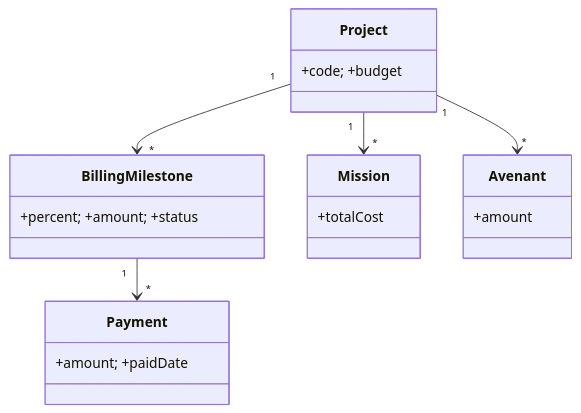
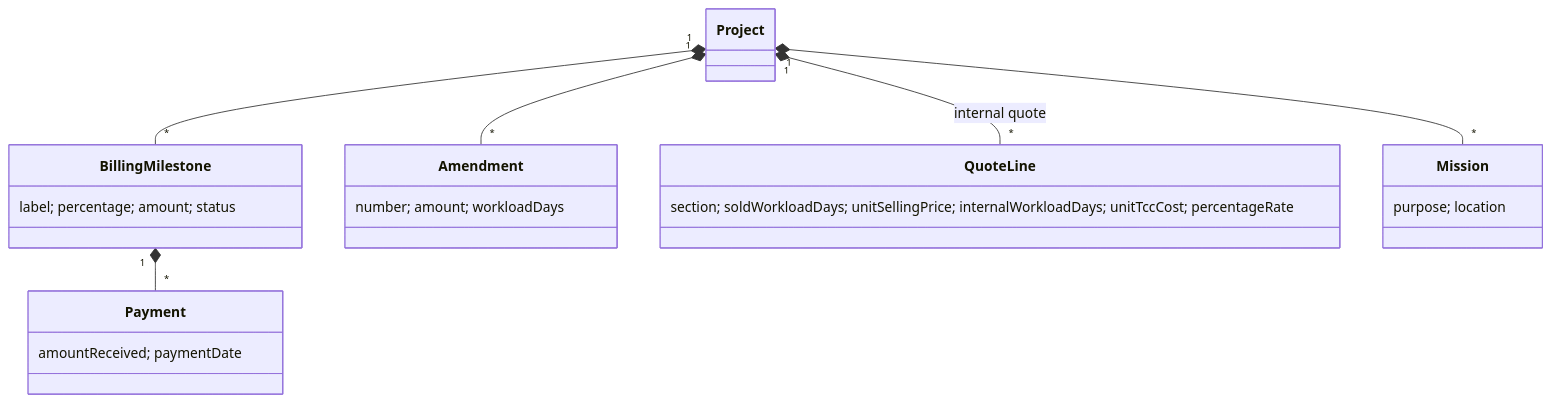
The sixth of 9 diagrams in docs/UML_DESIGN.md (mazenrakrouki/tekup-pms-platform), drawn with Mermaid before and after one commit. The commit also changed other lines of this file and 72 other files, not shown here.

````diff
--- a/docs/UML_DESIGN.md
+++ b/docs/UML_DESIGN.md
@@ -118,12 +165,13 @@
 ```mermaid
 classDiagram
-  class Project { +code; +budget }
-  class BillingMilestone { +percent; +amount; +status }
-  class Payment { +amount; +paidDate }
-  class Mission { +totalCost }
-  class Avenant { +amount }
-  Project "1" --> "*" BillingMilestone
-  BillingMilestone "1" --> "*" Payment
-  Project "1" --> "*" Mission
-  Project "1" --> "*" Avenant
+  class BillingMilestone { label; percentage; amount; status }
+  class Payment { amountReceived; paymentDate }
+  class Amendment { number; amount; workloadDays }
+  class QuoteLine { section; soldWorkloadDays; unitSellingPrice; internalWorkloadDays; unitTccCost; percentageRate }
+  class Mission { purpose; location }
+  Project "1" *-- "*" BillingMilestone
+  BillingMilestone "1" *-- "*" Payment
+  Project "1" *-- "*" Amendment
+  Project "1" *-- "*" QuoteLine : internal quote
+  Project "1" *-- "*" Mission
 ```
````
